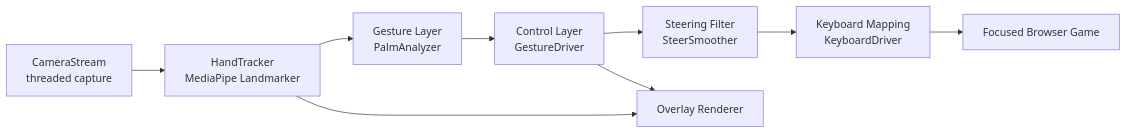
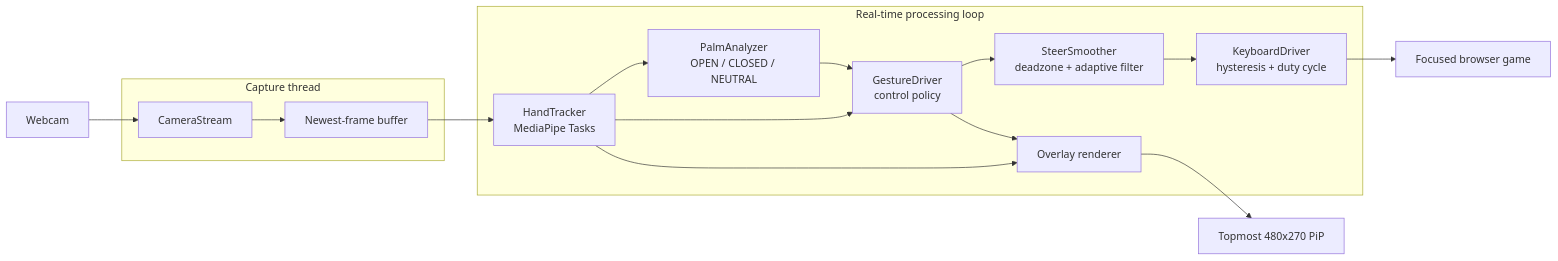
One commit to hossaintaufiq/GesterControlledCarGame changed the diagram in README.md. Above: the diagram before and after it, drawn with Mermaid. The commit also changed other lines of this file, not shown here.

````diff
--- a/README.md
+++ b/README.md
@@ -63,11 +94,34 @@
 ```mermaid
 flowchart LR
-    A[CameraStream\nthreaded capture] --> B[HandTracker\nMediaPipe Landmarker]
-    B --> C[Gesture Layer\nPalmAnalyzer]
-    C --> D[Control Layer\nGestureDriver]
-    D --> E[Steering Filter\nSteerSmoother]
-    E --> F[Keyboard Mapping\nKeyboardDriver]
-    F --> G[Focused Browser Game]
-    D --> H[Overlay Renderer]
-    B --> H
+    Camera[Webcam]
+
+    subgraph Capture["Capture thread"]
+        Stream[CameraStream]
+        Latest[Newest-frame buffer]
+        Stream --> Latest
+    end
+
+    subgraph Realtime["Real-time processing loop"]
+        Tracker[HandTracker<br/>MediaPipe Tasks]
+        Gestures[PalmAnalyzer<br/>OPEN / CLOSED / NEUTRAL]
+        Driver[GestureDriver<br/>control policy]
+        Steering[SteerSmoother<br/>deadzone + adaptive filter]
+        Keyboard[KeyboardDriver<br/>hysteresis + duty cycle]
+        Render[Overlay renderer]
+    end
+
+    Browser[Focused browser game]
+    PiP[Topmost 480x270 PiP]
+
+    Camera --> Stream
+    Latest --> Tracker
+    Tracker --> Gestures
+    Tracker --> Driver
+    Gestures --> Driver
+    Driver --> Steering
+    Steering --> Keyboard
+    Keyboard --> Browser
+    Tracker --> Render
+    Driver --> Render
+    Render --> PiP
 ```
````
